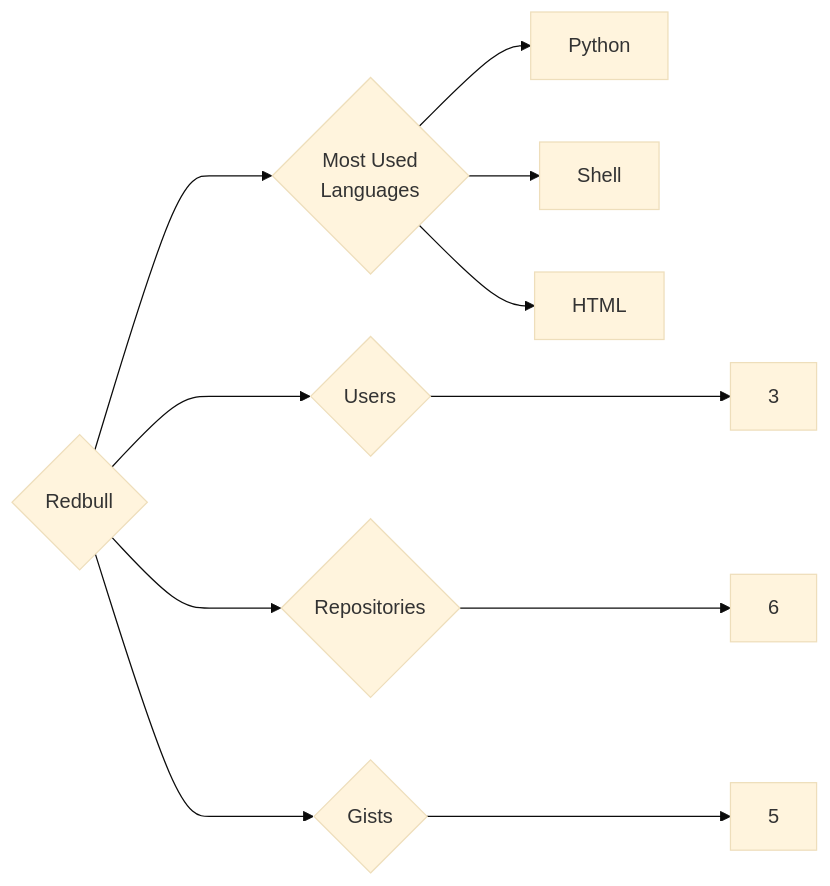
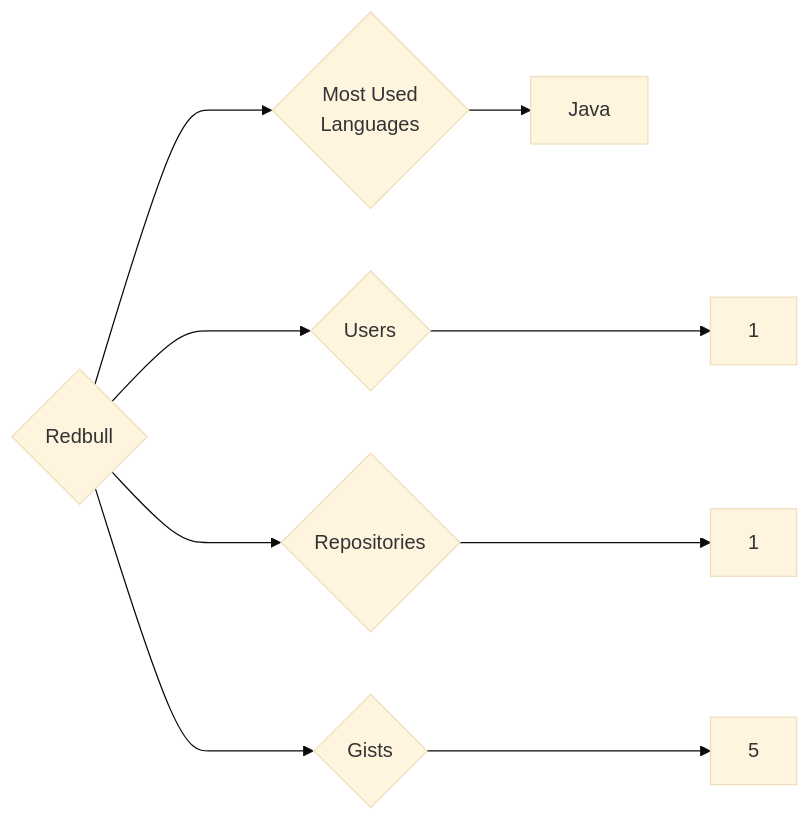
Before and after one commit to trickest/insiders: the diagram in targets/Redbull/README.md, drawn with Mermaid (base theme). The commit also changed 582 other files, not shown here.

````diff
--- a/targets/Redbull/README.md
+++ b/targets/Redbull/README.md
@@ -3,11 +3,9 @@
 ```mermaid
 graph LR
 COMPANY_NAME{Redbull}
-COMPANY_NAME ---> U{Users} ---> UN[3]
-COMPANY_NAME ---> R{Repositories} ---> RN[6]
+COMPANY_NAME ---> U{Users} ---> UN[1]
+COMPANY_NAME ---> R{Repositories} ---> RN[1]
 COMPANY_NAME ---> G{Gists} ---> GN[5]
 COMPANY_NAME ---> ML{Most Used<br>Languages}
-ML --> Python[Python]
-ML --> Shell[Shell]
-ML --> HTML[HTML]
+ML --> Java[Java]
 ```
````
